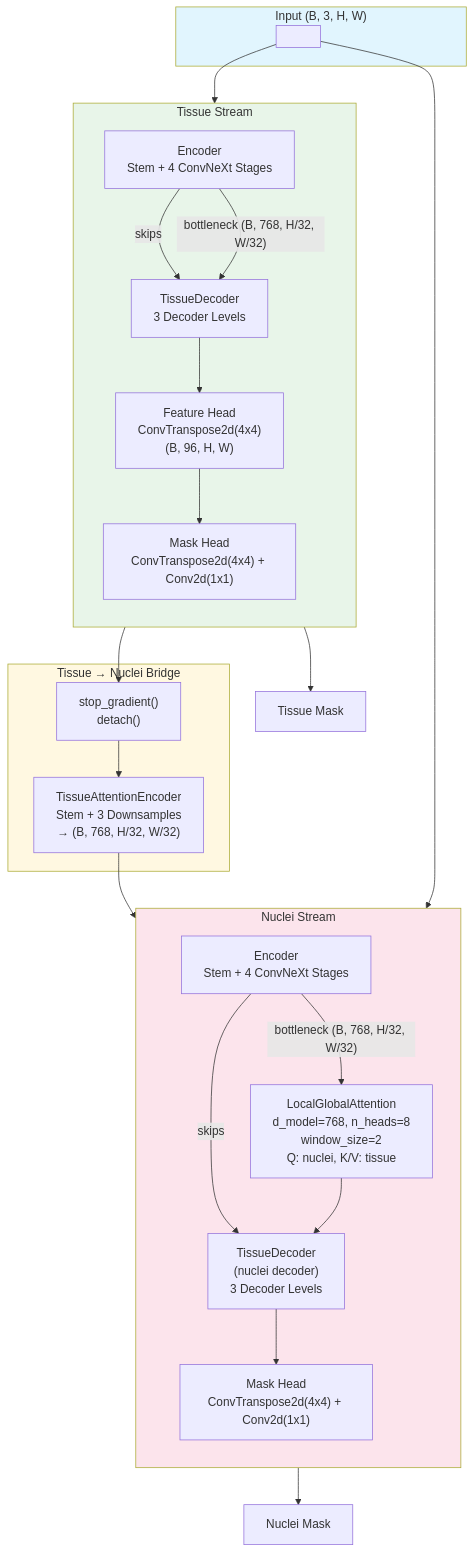
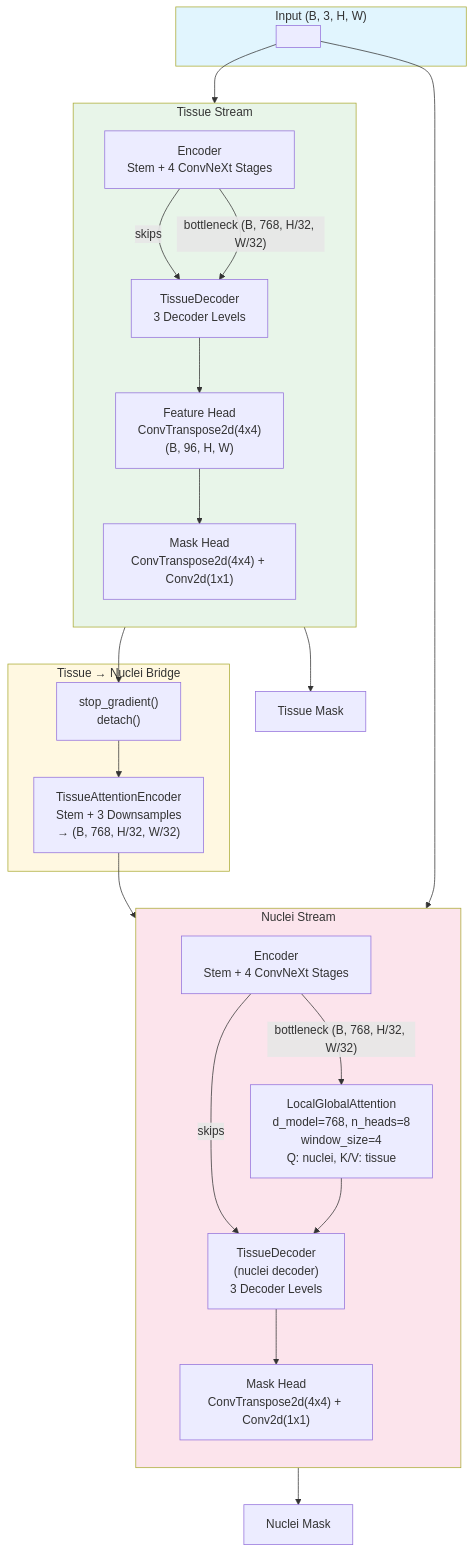
One commit to hoangtung386/Prometheus changed the fifth of 8 diagrams in docs/Architecture.md. Above: the diagram before and after it, drawn with Mermaid. The commit also changed other lines of this file, not shown here.

Commit message:
Remove MinkowskiEngine references from architecture docs (unimplemented modules)

````diff
--- a/docs/Architecture.md
+++ b/docs/Architecture.md
@@ -268,50 +165,50 @@
 ```mermaid
 flowchart TB
     subgraph Input["Input (B, 3, H, W)"]
         I[" "]
     end
 
     subgraph Tissue["Tissue Stream"]
         direction TB
         TE["Encoder<br/>Stem + 4 ConvNeXt Stages"]
         TD["TissueDecoder<br/>3 Decoder Levels"]
         OH1["Mask Head<br/>ConvTranspose2d(4x4) + Conv2d(1x1)"]
         FH["Feature Head<br/>ConvTranspose2d(4x4)<br/>(B, 96, H, W)"]
     end
 
     subgraph Bridge["Tissue → Nuclei Bridge"]
         SG["stop_gradient()<br/>detach()"]
         TAE["TissueAttentionEncoder<br/>Stem + 3 Downsamples<br/>→ (B, 768, H/32, W/32)"]
     end
 
     subgraph Nuclei["Nuclei Stream"]
         direction TB
         NE["Encoder<br/>Stem + 4 ConvNeXt Stages"]
-        CA["LocalGlobalAttention<br/>d_model=768, n_heads=8<br/>window_size=2<br/>Q: nuclei, K/V: tissue"]
+        CA["LocalGlobalAttention<br/>d_model=768, n_heads=8<br/>window_size=4<br/>Q: nuclei, K/V: tissue"]
         ND["TissueDecoder<br/>(nuclei decoder)<br/>3 Decoder Levels"]
         OH2["Mask Head<br/>ConvTranspose2d(4x4) + Conv2d(1x1)"]
     end
 
     I --> TE
     TE -->|"skips"| TD
     TE -->|"bottleneck (B, 768, H/32, W/32)"| TD
     TD --> FH
     FH --> OH1
     OH1 --> TM["Tissue Mask"]
 
     FH --> SG
     SG --> TAE
     TAE --> CA
 
     I --> NE
     NE -->|"bottleneck (B, 768, H/32, W/32)"| CA
     NE -->|"skips"| ND
     CA --> ND
     ND --> OH2
     OH2 --> NM["Nuclei Mask"]
 
     style Input fill:#e1f5fe
     style Tissue fill:#e8f5e9
     style Bridge fill:#fff8e1
     style Nuclei fill:#fce4ec
 ```
````
